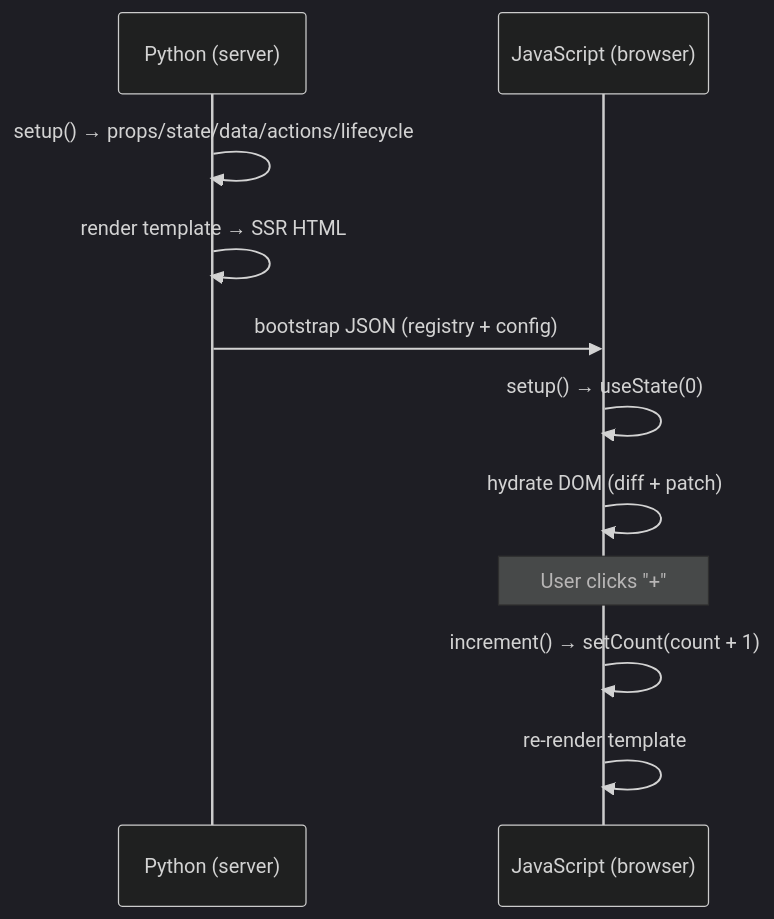
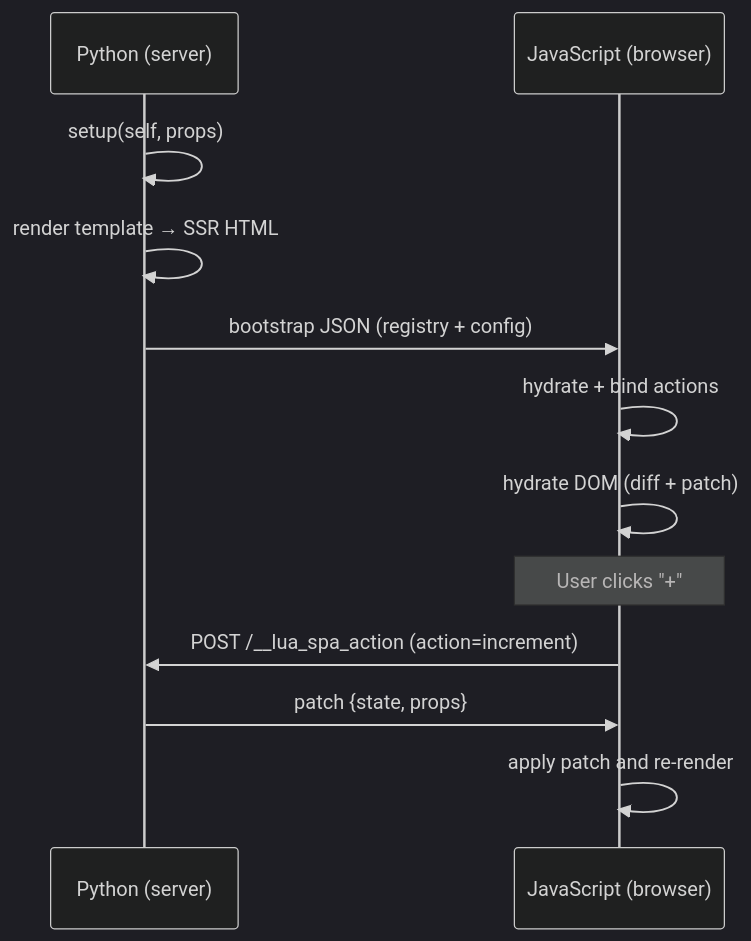
The diagram in docs/docs/get-started/first-component.md (roderiano/lua-spa), drawn with Mermaid (dark theme) before and after one commit. The commit also changed other lines of this file and 16 other files, not shown here.

Commit message:
docs(architecture): update diagrams for __lua_spa_action and __reload__

````diff
--- a/docs/docs/get-started/first-component.md
+++ b/docs/docs/get-started/first-component.md
@@ -71,14 +72,15 @@
 ```mermaid
 sequenceDiagram
     participant Python as Python (server)
     participant JS as JavaScript (browser)
 
-    Python->>Python: setup() → props/state/data/actions/lifecycle
+  Python->>Python: setup(self, props)
     Python->>Python: render template → SSR HTML
     Python->>JS: bootstrap JSON (registry + config)
-    JS->>JS: setup() → useState(0)
+  JS->>JS: hydrate + bind actions
     JS->>JS: hydrate DOM (diff + patch)
     Note over JS: User clicks "+"
-    JS->>JS: increment() → setCount(count + 1)
-    JS->>JS: re-render template
+  JS->>Python: POST /__lua_spa_action (action=increment)
+  Python->>JS: patch {state, props}
+  JS->>JS: apply patch and re-render
 ```
````
